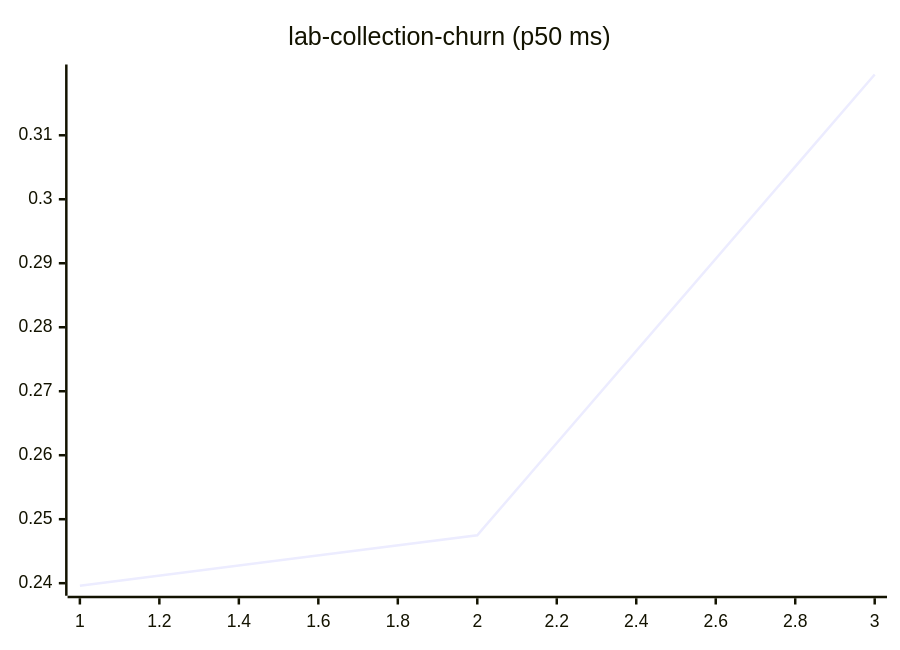
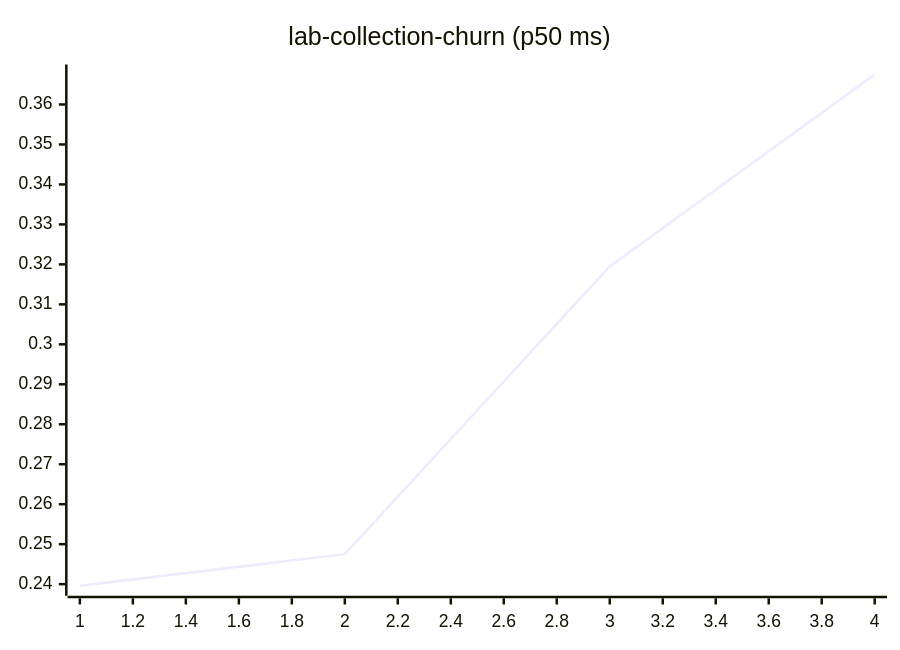
Before and after one commit to josha/Facet: diagram 11 of 27 in README.md, drawn with Mermaid. The commit also changed other lines of this file and 2 other files, not shown here.

````diff
--- a/README.md
+++ b/README.md
@@ -133,6 +133,6 @@
 ```mermaid
 xychart-beta
     title "lab-collection-churn (p50 ms)"
-    x-axis 1 --> 3
-    line [0.2396, 0.2475, 0.3195]
+    x-axis 1 --> 4
+    line [0.2396, 0.2475, 0.3195, 0.3675]
 ```
````
